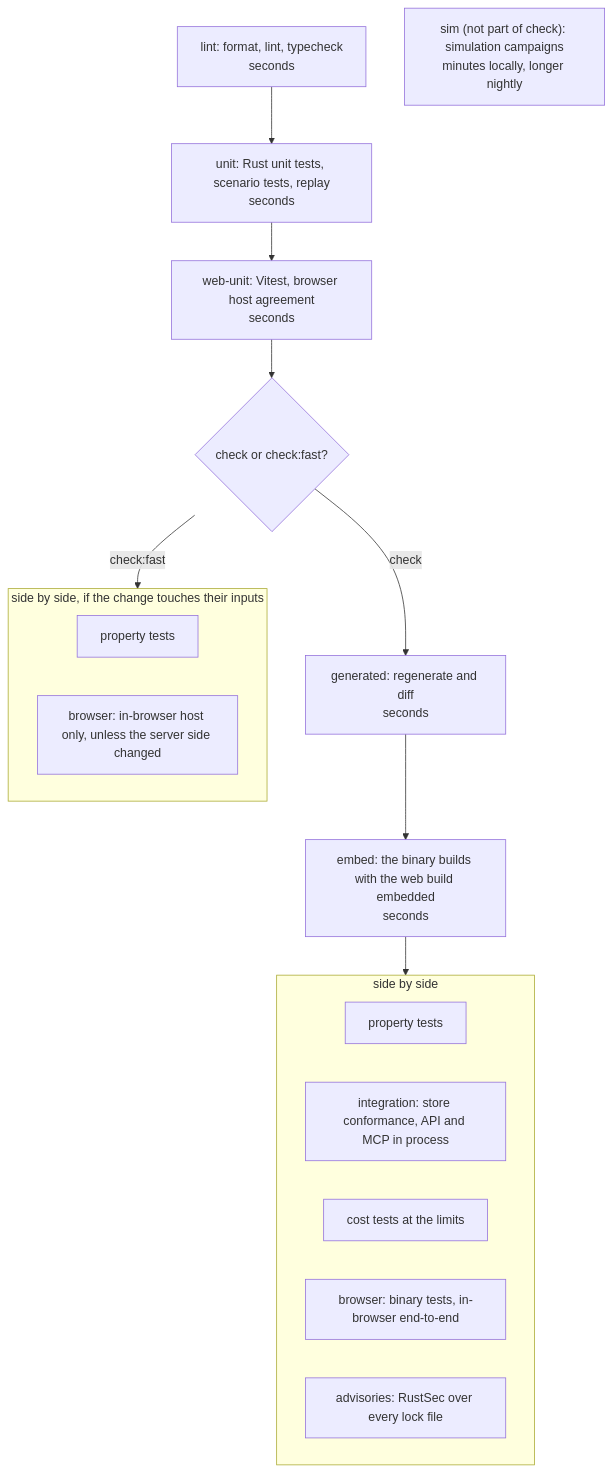
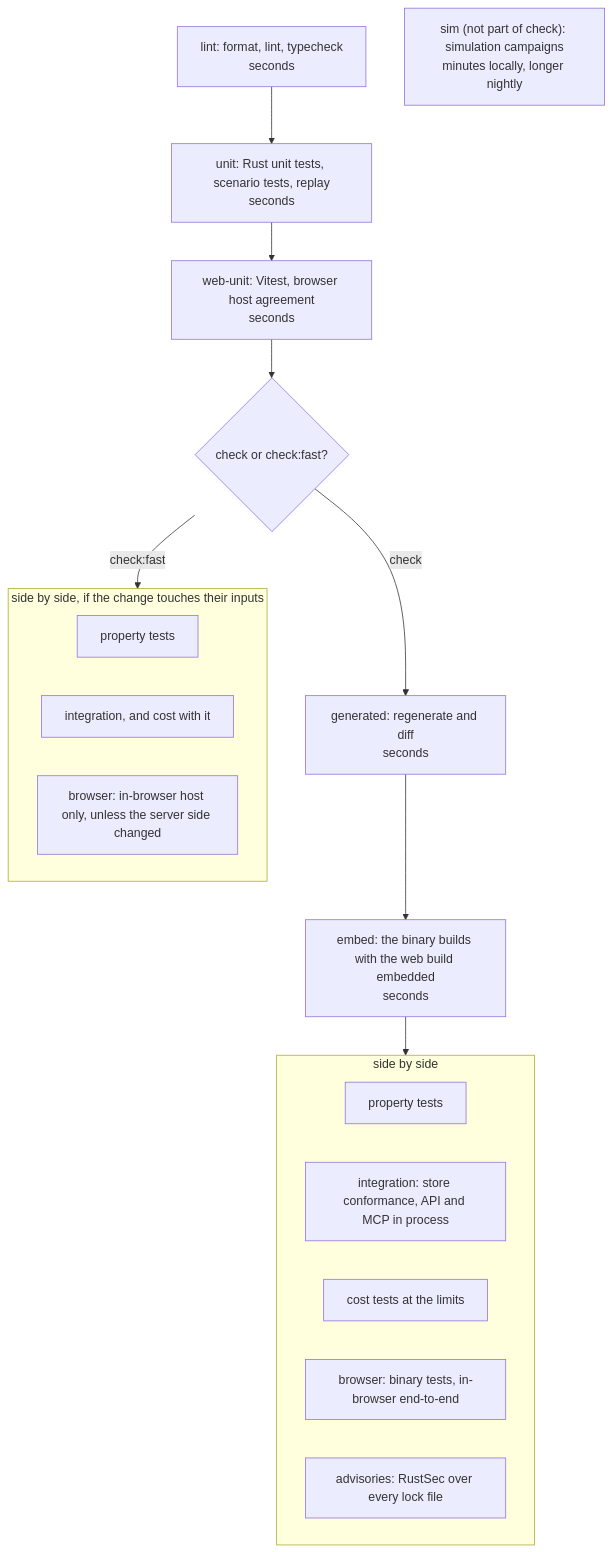
One commit to JacobHayes/cairn changed the diagram in PRACTICES.md. Above: the diagram before and after it, drawn with Mermaid. The commit also changed other lines of this file and 3 other files, not shown here.

First line of the commit message:
Run the cost tests in check:fast when the integration tests run

````diff
--- a/PRACTICES.md
+++ b/PRACTICES.md
@@ -249,20 +249,21 @@
 ```mermaid
 flowchart TB
     lint["lint: format, lint, typecheck<br/>seconds"] --> unit["unit: Rust unit tests, scenario tests, replay<br/>seconds"] --> webunit["web-unit: Vitest, browser host agreement<br/>seconds"]
     webunit --> gate{"check or check:fast?"}
     gate -- "check" --> generated["generated: regenerate and diff<br/>seconds"]
     generated --> embed["embed: the binary builds with the web build embedded<br/>seconds"] --> all
     subgraph all["side by side"]
         property["property tests"]
         integration["integration: store conformance, API and MCP in process"]
         cost["cost tests at the limits"]
         browser["browser: binary tests, in-browser end-to-end"]
         advisories["advisories: RustSec over every lock file"]
     end
     gate -- "check:fast" --> some
     subgraph some["side by side, if the change touches their inputs"]
         property2["property tests"]
+        integration2["integration, and cost with it"]
         browser2["browser: in-browser host only, unless the server side changed"]
     end
     sim["sim (not part of check): simulation campaigns<br/>minutes locally, longer nightly"]
 ```
````
